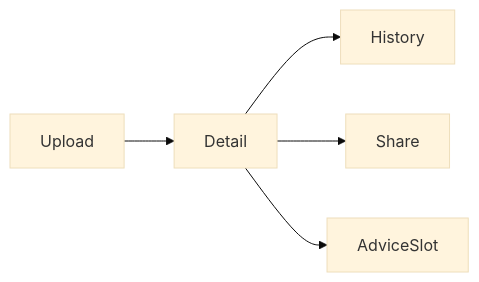
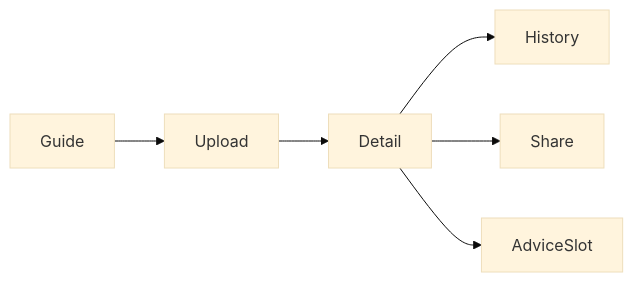
One commit to opendiamonds/cloud-360 changed the diagram in aidlc/spaces/default/intents/260916-estimate-upload-rework/construction/estimate-workspace-ui/functional-design/functional-spec.md. Above: the diagram before and after it, drawn with Mermaid (base theme). The commit also changed other lines of this file and 56 other files, not shown here.

````diff
--- a/aidlc/spaces/default/intents/260916-estimate-upload-rework/construction/estimate-workspace-ui/functional-design/functional-spec.md
+++ b/aidlc/spaces/default/intents/260916-estimate-upload-rework/construction/estimate-workspace-ui/functional-design/functional-spec.md
@@ -20,7 +30,8 @@
 ```mermaid
 flowchart LR
+  Guide --> Upload
   Upload --> Detail
   Detail --> History
   Detail --> Share
   Detail --> AdviceSlot
 ```
````
